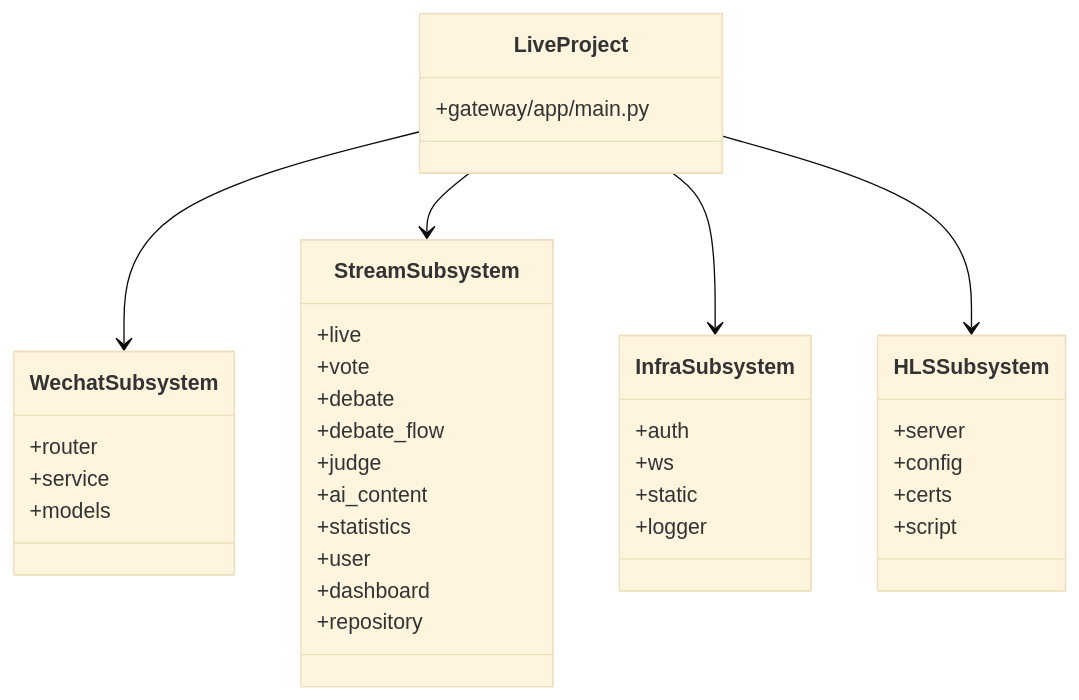
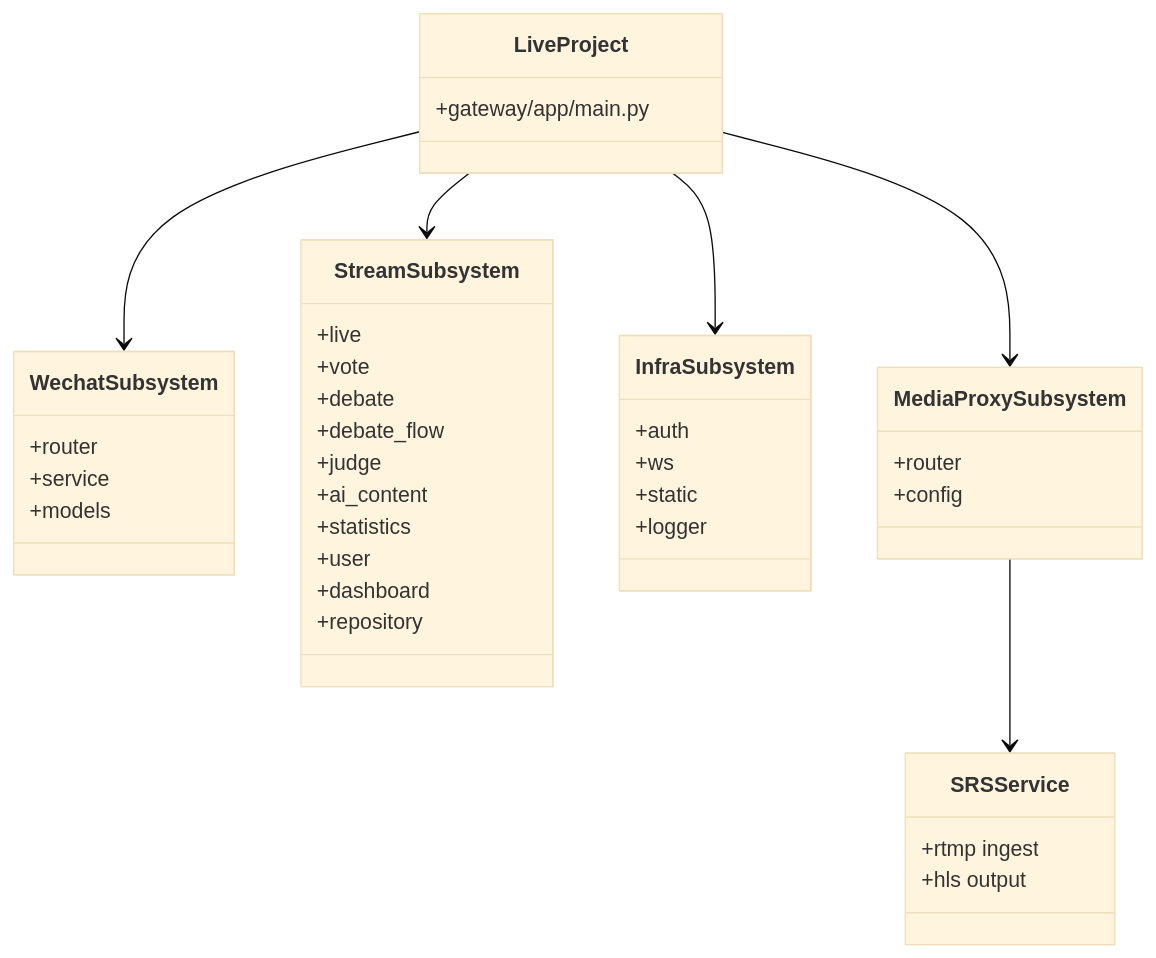
Before and after one commit to 24-Fahed/Live-Project: the third of 8 diagrams in docs/architecture-design.md, drawn with Mermaid (base theme). The commit also changed other lines of this file and 13 other files, not shown here.

````diff
--- a/docs/architecture-design.md
+++ b/docs/architecture-design.md
@@ -80,44 +80,43 @@
 ```mermaid
 classDiagram
     class LiveProject {
       +gateway/app/main.py
     }
-
     class WechatSubsystem {
       +router
       +service
       +models
     }
-
     class StreamSubsystem {
       +live
       +vote
       +debate
       +debate_flow
       +judge
       +ai_content
       +statistics
       +user
       +dashboard
       +repository
     }
-
     class InfraSubsystem {
       +auth
       +ws
       +static
       +logger
     }
-
-    class HLSSubsystem {
-      +server
+    class MediaProxySubsystem {
+      +router
       +config
-      +certs
-      +script
+    }
+    class SRSService {
+      +rtmp ingest
+      +hls output
     }
 
     LiveProject --> WechatSubsystem
     LiveProject --> StreamSubsystem
     LiveProject --> InfraSubsystem
-    LiveProject --> HLSSubsystem
+    LiveProject --> MediaProxySubsystem
+    MediaProxySubsystem --> SRSService
 ```
````
